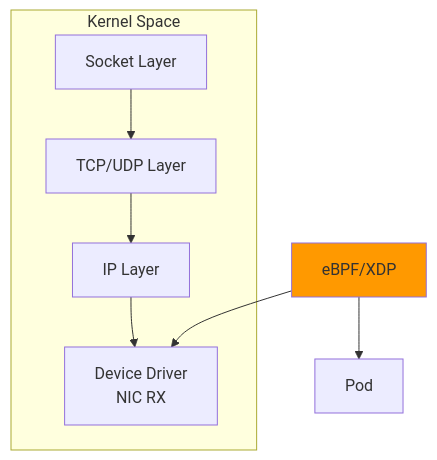
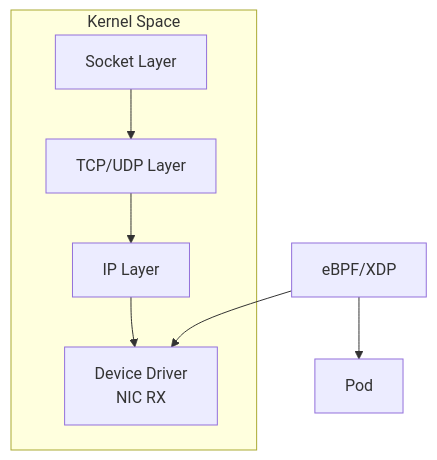
Before and after one commit to juwon8891/juwon8891.github.io: diagram 19 of 25 in docs/eks/week2-networking.md, drawn with Mermaid. The commit also changed other lines of this file and 18 other files, not shown here.

Commit message:
Remove bright colors from Mermaid diagrams for dark mode compatibility

````diff
--- a/docs/eks/week2-networking.md
+++ b/docs/eks/week2-networking.md
@@ -896,18 +874,17 @@
 ```mermaid
 graph TB
     subgraph "Kernel Space"
         A[Socket Layer]
         B[TCP/UDP Layer]
         C[IP Layer]
         D[Device Driver<br/>NIC RX]
 
         A --> B
         B --> C
         C --> D
     end
 
     E[eBPF/XDP] --> D
     E --> F[Pod]
 
-    style E fill:#ff9900
 ```
````
